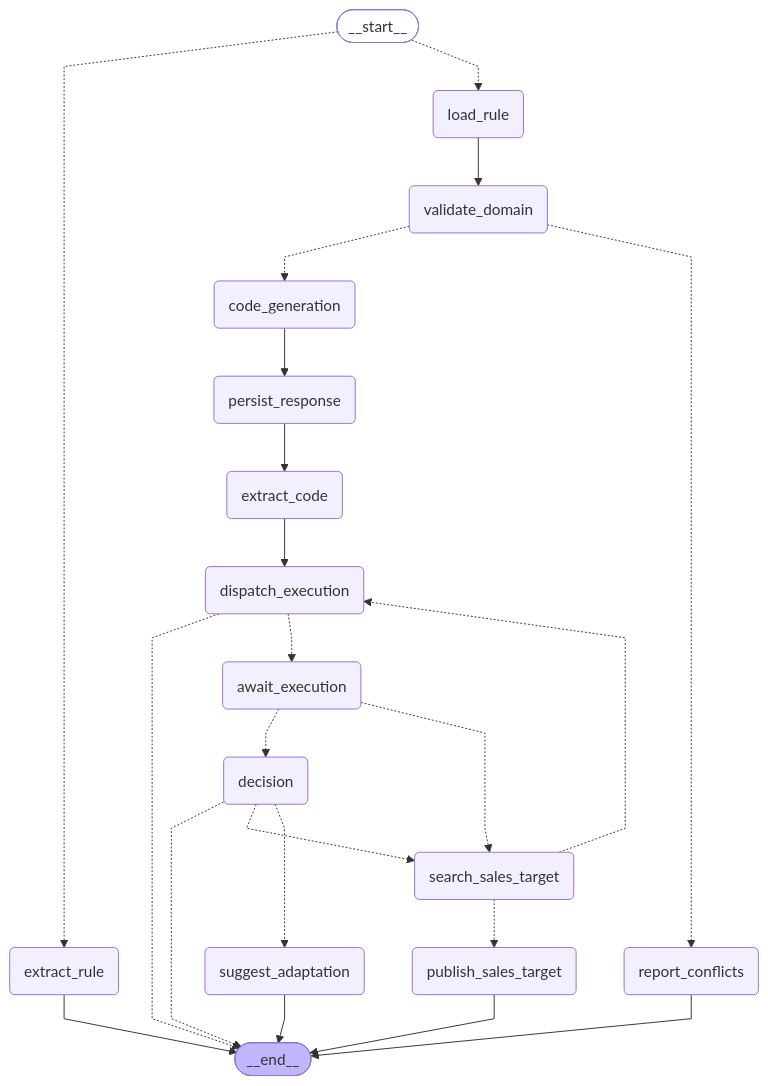
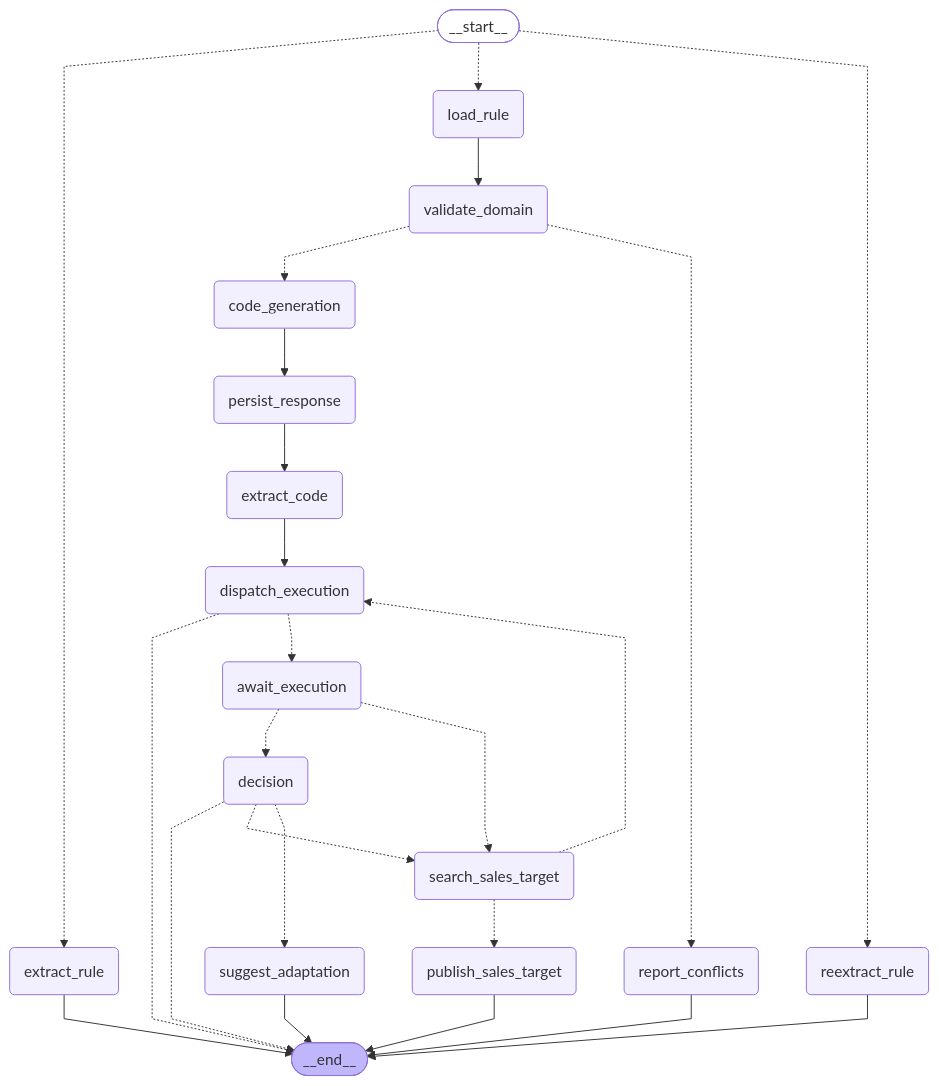
Before and after one commit to Titus-System/synapse: the diagram in codegen/docs/graph.md, drawn with Mermaid. The commit also changed 39 other files, not shown here.

````diff
--- a/codegen/docs/graph.md
+++ b/codegen/docs/graph.md
@@ -5,47 +5,50 @@
 ```mermaid
 ---
 config:
   flowchart:
     curve: linear
 ---
 graph TD;
 	__start__([<p>__start__</p>]):::first
 	load_rule(load_rule)
 	extract_rule(extract_rule)
+	reextract_rule(reextract_rule)
 	validate_domain(validate_domain)
 	report_conflicts(report_conflicts)
 	code_generation(code_generation)
 	persist_response(persist_response)
 	extract_code(extract_code)
 	dispatch_execution(dispatch_execution)
 	await_execution(await_execution)
 	decision(decision)
 	suggest_adaptation(suggest_adaptation)
 	search_sales_target(search_sales_target)
 	publish_sales_target(publish_sales_target)
 	__end__([<p>__end__</p>]):::last
 	__start__ -.-> extract_rule;
 	__start__ -.-> load_rule;
+	__start__ -.-> reextract_rule;
 	await_execution -.-> decision;
 	await_execution -.-> search_sales_target;
 	code_generation --> persist_response;
 	decision -.-> __end__;
 	decision -.-> search_sales_target;
 	decision -.-> suggest_adaptation;
 	dispatch_execution -.-> __end__;
 	dispatch_execution -.-> await_execution;
 	extract_code --> dispatch_execution;
 	load_rule --> validate_domain;
 	persist_response --> extract_code;
 	search_sales_target -.-> dispatch_execution;
 	search_sales_target -.-> publish_sales_target;
 	validate_domain -.-> code_generation;
 	validate_domain -.-> report_conflicts;
 	extract_rule --> __end__;
 	publish_sales_target --> __end__;
+	reextract_rule --> __end__;
 	report_conflicts --> __end__;
 	suggest_adaptation --> __end__;
 	classDef default fill:#f2f0ff,line-height:1.2
 	classDef first fill-opacity:0
 	classDef last fill:#bfb6fc
 ```
````
